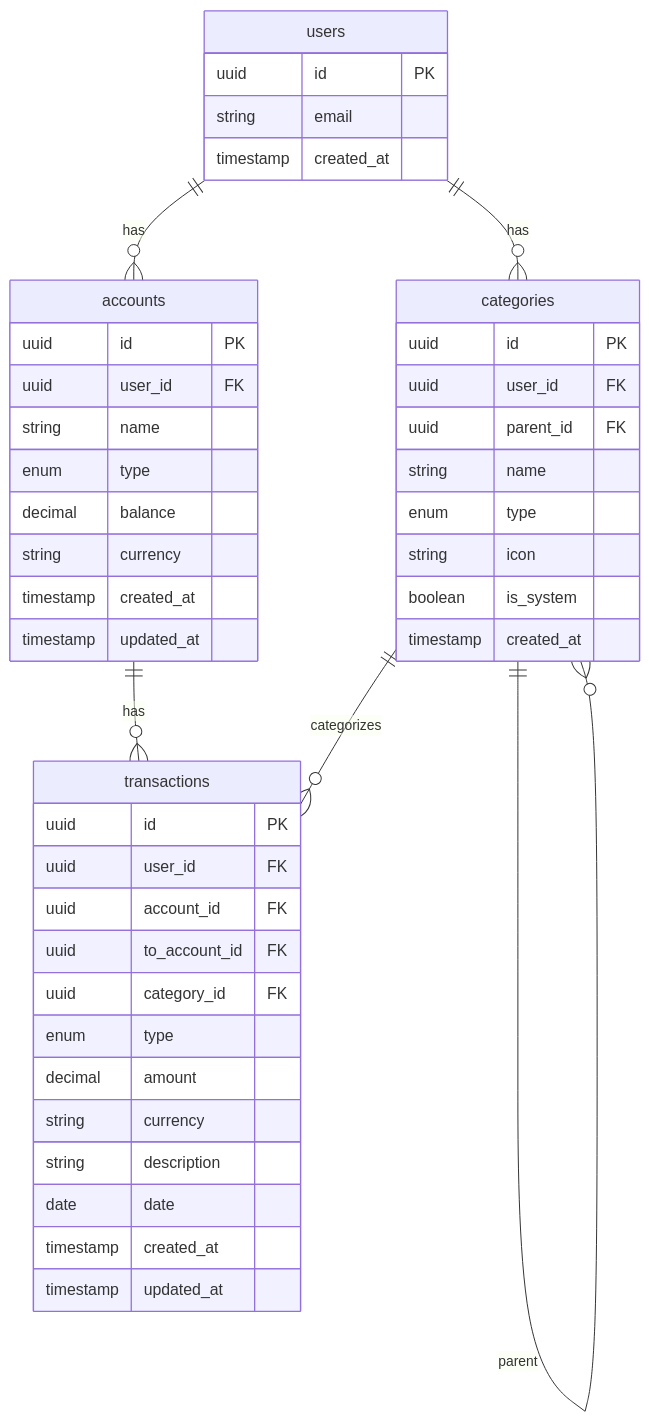
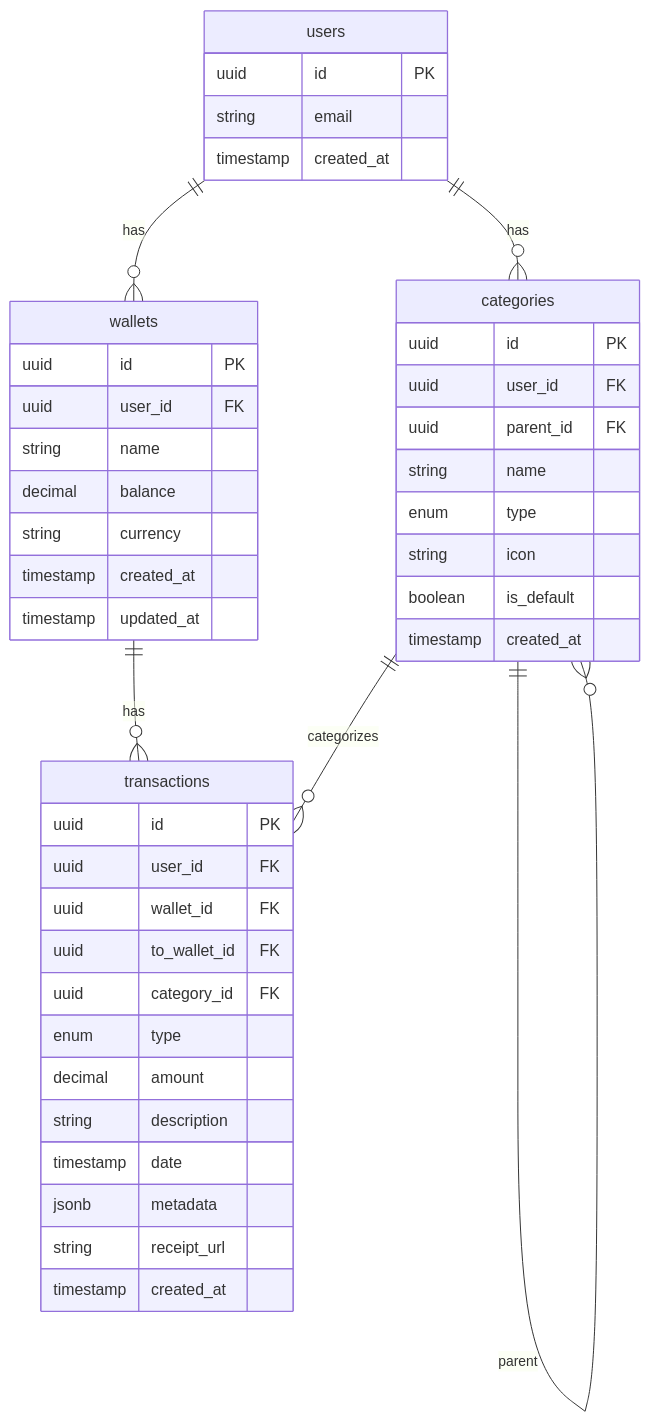
One commit to Andival-Sei/assistant changed the diagram in docs/specs/finance/data-model.md. Above: the diagram before and after it, drawn with Mermaid. The commit also changed other lines of this file and 23 other files, not shown here.

Commit message:
feat(finance): инициализация модуля финансов, включая схему БД, сервисы и UI компоненты

````diff
--- a/docs/specs/finance/data-model.md
+++ b/docs/specs/finance/data-model.md
@@ -10,51 +10,50 @@
 ```mermaid
 erDiagram
-    users ||--o{ accounts : has
+    users ||--o{ wallets : has
     users ||--o{ categories : has
-    accounts ||--o{ transactions : has
+    wallets ||--o{ transactions : has
     categories ||--o{ transactions : categorizes
     categories ||--o{ categories : parent
 
     users {
         uuid id PK
         string email
         timestamp created_at
     }
 
-    accounts {
+    wallets {
         uuid id PK
         uuid user_id FK
         string name
-        enum type
         decimal balance
         string currency
         timestamp created_at
         timestamp updated_at
     }
 
     categories {
         uuid id PK
         uuid user_id FK
         uuid parent_id FK
         string name
         enum type
         string icon
-        boolean is_system
+        boolean is_default
         timestamp created_at
     }
 
     transactions {
         uuid id PK
         uuid user_id FK
-        uuid account_id FK
-        uuid to_account_id FK
+        uuid wallet_id FK
+        uuid to_wallet_id FK
         uuid category_id FK
         enum type
         decimal amount
-        string currency
         string description
-        date date
+        timestamp date
+        jsonb metadata
+        string receipt_url
         timestamp created_at
-        timestamp updated_at
     }
 ```
````
